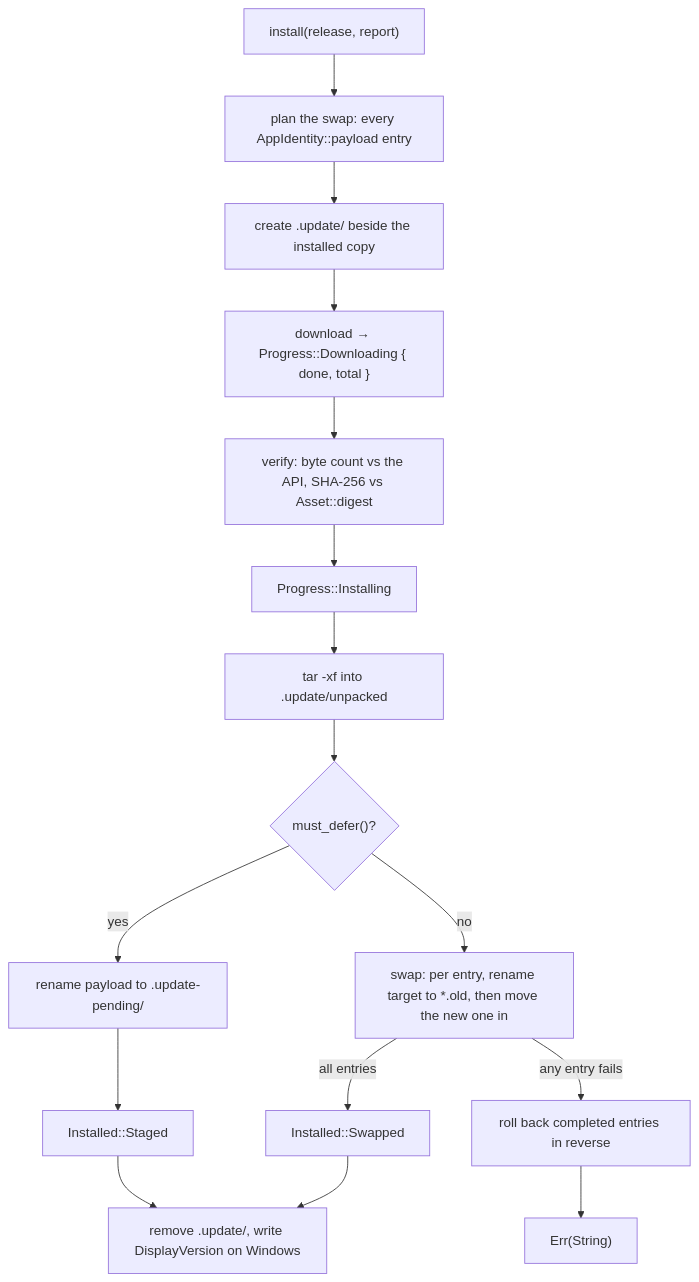
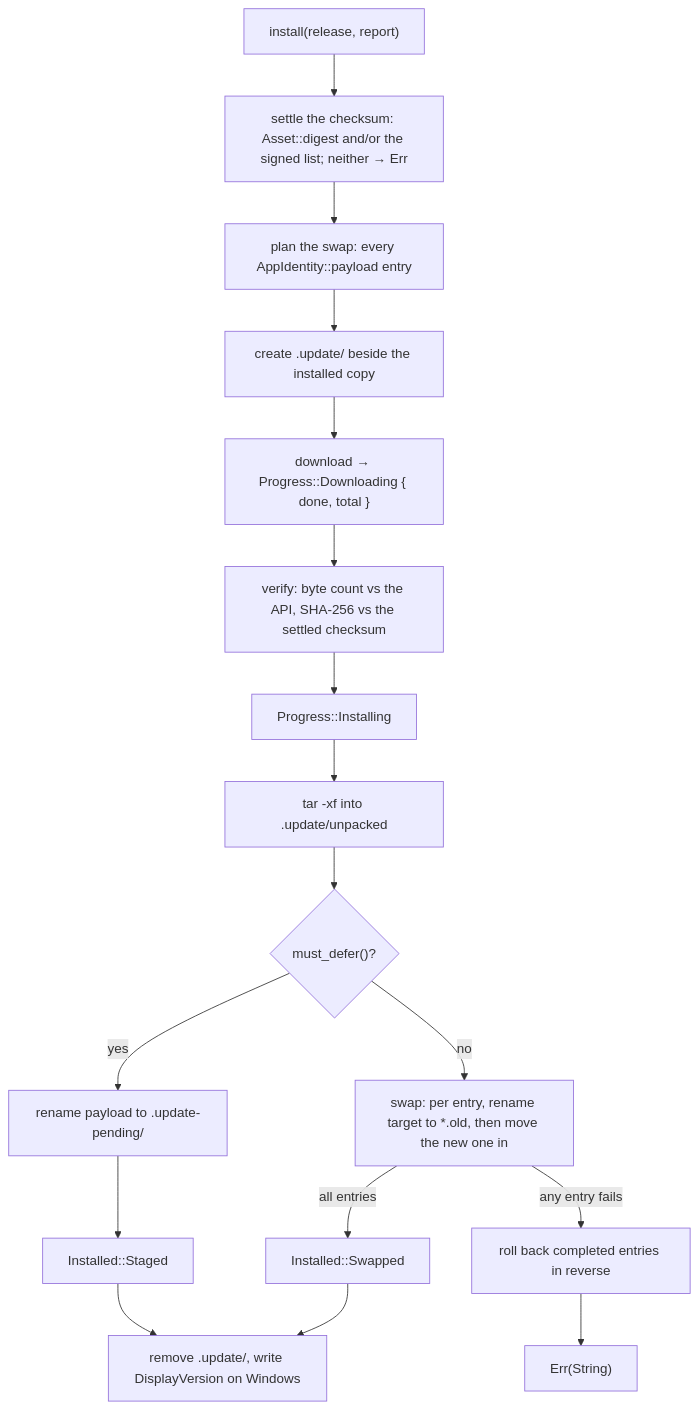
Before and after one commit to xcomart/rugpui: the third of 4 diagrams in docs/shell.md, drawn with Mermaid. The commit also changed other lines of this file and 2 other files, not shown here.

First line of the commit message:
fix: refuse updates without a checksum and allow signed checksum lists

````diff
--- a/docs/shell.md
+++ b/docs/shell.md
@@ -429,18 +429,19 @@
 ```mermaid
 flowchart TD
-    A["install(release, report)"] --> B["plan the swap: every AppIdentity::payload entry"]
+    A["install(release, report)"] --> V["settle the checksum: Asset::digest and/or the signed list; neither → Err"]
+    V --> B["plan the swap: every AppIdentity::payload entry"]
     B --> C["create .update/ beside the installed copy"]
     C --> D["download → Progress::Downloading { done, total }"]
-    D --> E["verify: byte count vs the API, SHA-256 vs Asset::digest"]
+    D --> E["verify: byte count vs the API, SHA-256 vs the settled checksum"]
     E --> F["Progress::Installing"]
     F --> G["tar -xf into .update/unpacked"]
     G --> H{"must_defer()?"}
     H -->|yes| I["rename payload to .update-pending/"]
     I --> J["Installed::Staged"]
     H -->|no| K["swap: per entry, rename target to *.old, then move the new one in"]
     K -->|"any entry fails"| L["roll back completed entries in reverse"]
     L --> M["Err(String)"]
     K -->|"all entries"| N["Installed::Swapped"]
     J --> O["remove .update/, write DisplayVersion on Windows"]
     N --> O
 ```
````
